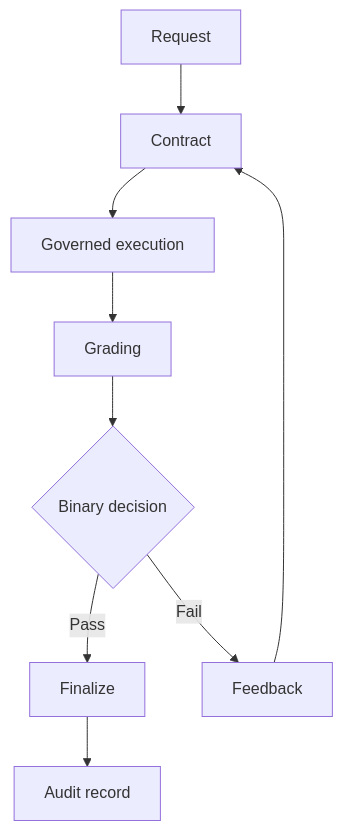
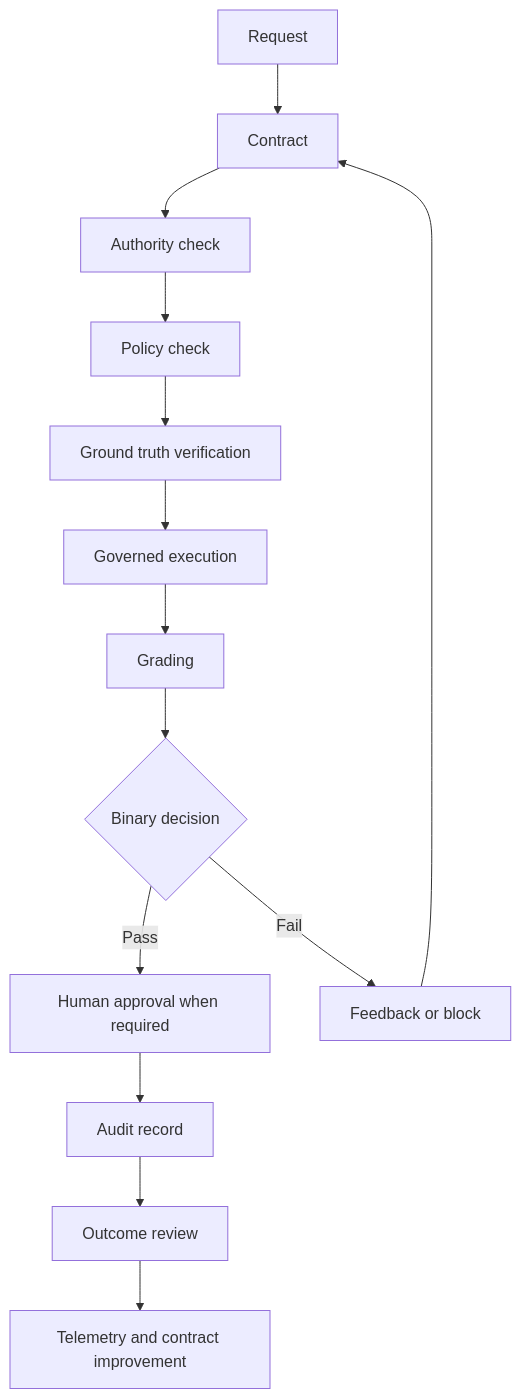
The first of 2 diagrams in README.md (FatherHale/HaleES-Architecture), drawn with Mermaid before and after one commit. The commit also changed other lines of this file, not shown here.

````diff
--- a/README.md
+++ b/README.md
@@ -121,11 +155,16 @@
 ```mermaid
 flowchart TD
     A[Request] --> B[Contract]
-    B --> C[Governed execution]
-    C --> D[Grading]
-    D --> E{Binary decision}
-    E -->|Pass| F[Finalize]
-    E -->|Fail| G[Feedback]
-    G --> B
-    F --> H[Audit record]
+    B --> C[Authority check]
+    C --> D[Policy check]
+    D --> E[Ground truth verification]
+    E --> F[Governed execution]
+    F --> G[Grading]
+    G --> H{Binary decision}
+    H -->|Pass| I[Human approval when required]
+    H -->|Fail| J[Feedback or block]
+    J --> B
+    I --> K[Audit record]
+    K --> L[Outcome review]
+    L --> M[Telemetry and contract improvement]
 ```
````
